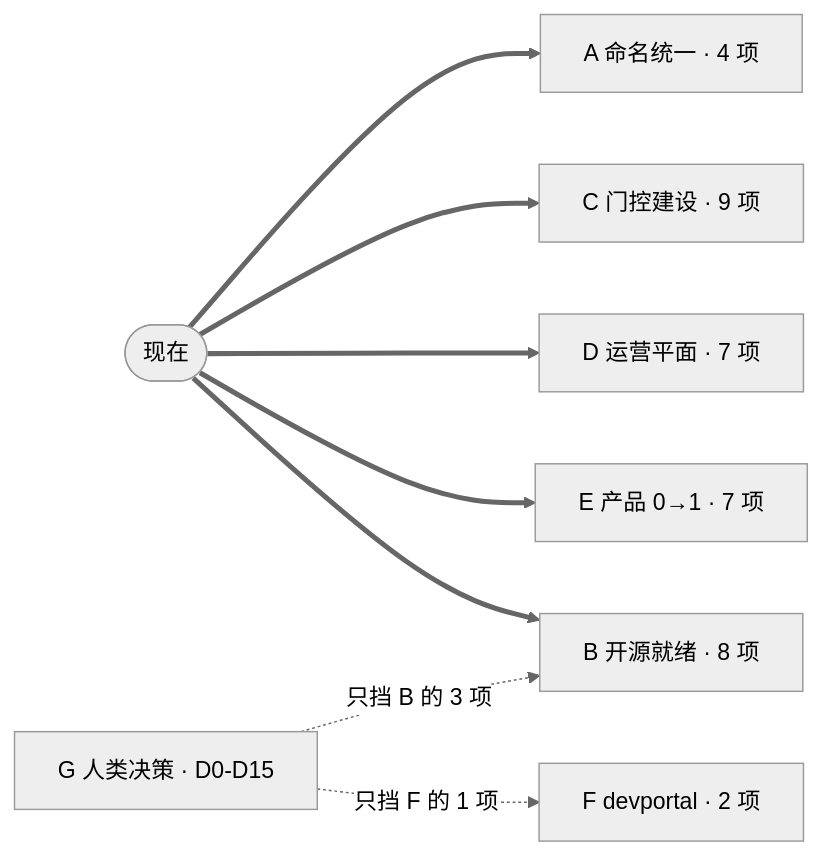
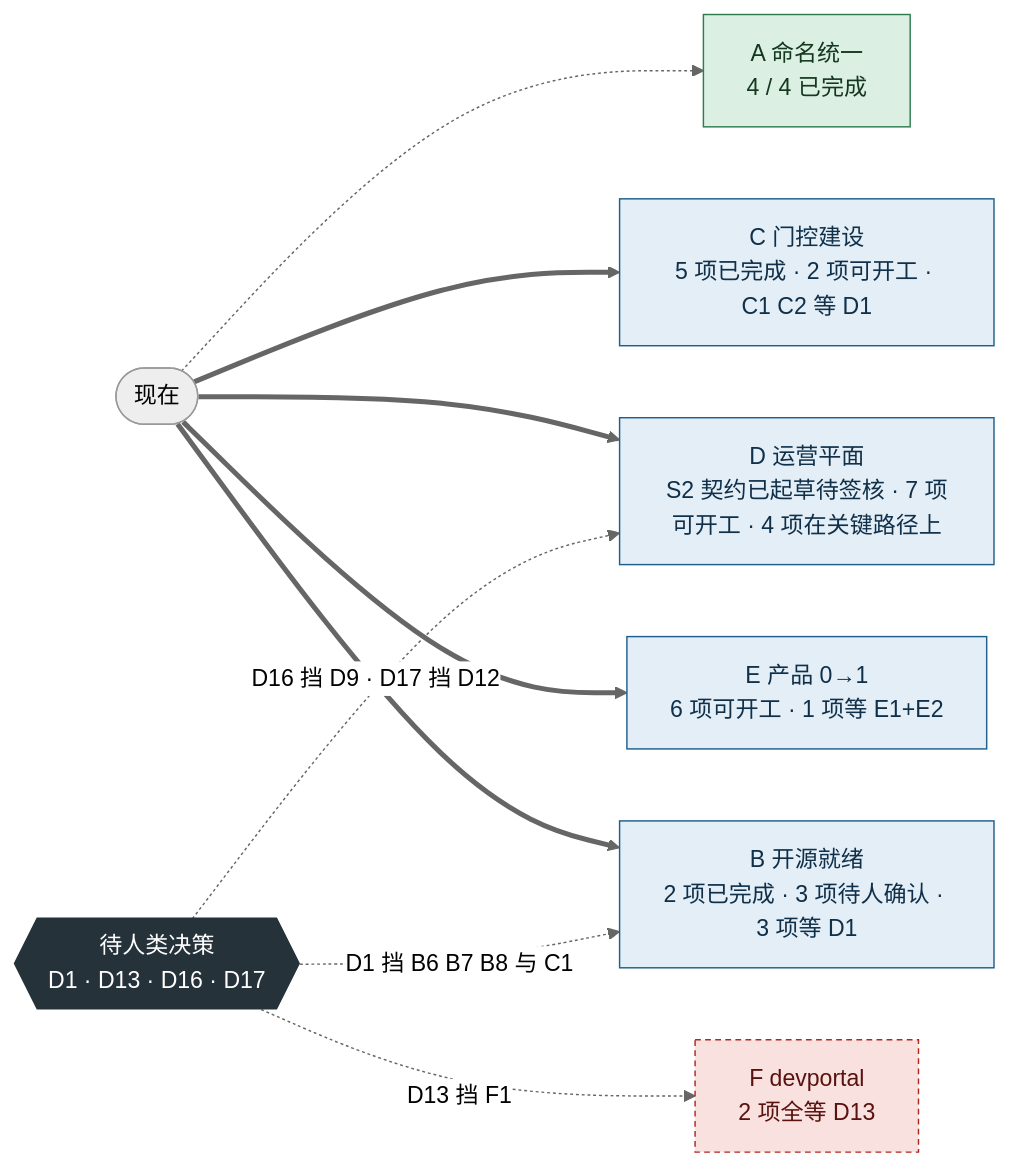
The first of 4 diagrams in docs/research/implementation-backlog.md (boardx/workspacex), drawn with Mermaid (neutral theme) before and after one commit. The commit also changed other lines of this file and 24 other files, not shown here.

````diff
--- a/docs/research/implementation-backlog.md
+++ b/docs/research/implementation-backlog.md
@@ -51,19 +51,23 @@
 ```mermaid
 flowchart LR
-    START(["现在"])
-    G["G 人类决策 · D0-D15"]
-    A["A 命名统一 · 4 项"]
-    C["C 门控建设 · 9 项"]
-    D["D 运营平面 · 7 项"]
-    E["E 产品 0→1 · 7 项"]
-    B["B 开源就绪 · 8 项"]
-    F["F devportal · 2 项"]
-
-    START ==> A
-    START ==> C
-    START ==> D
-    START ==> E
-    START ==> B
-    G -. 只挡 B 的 3 项 .-> B
-    G -. 只挡 F 的 1 项 .-> F
+    classDef done fill:#DCEFE3,stroke:#2E7D4F,color:#14381F
+    classDef ready fill:#E3EEF7,stroke:#1F5F8B,color:#10304A
+    classDef block fill:#F8E1DF,stroke:#B3261E,color:#5A120E,stroke-dasharray:4 3
+    classDef dec fill:#26323A,stroke:#26323A,color:#FFFFFF
+    NOW(["现在"])
+    A["A 命名统一<br/>4 / 4 已完成"]:::done
+    C["C 门控建设<br/>5 项已完成 · 2 项可开工 · C1 C2 等 D1"]:::ready
+    D["D 运营平面<br/>S2 契约已起草待签核 · 7 项可开工 · 4 项在关键路径上"]:::ready
+    E["E 产品 0→1<br/>6 项可开工 · 1 项等 E1+E2"]:::ready
+    B["B 开源就绪<br/>2 项已完成 · 3 项待人确认 · 3 项等 D1"]:::ready
+    F["F devportal<br/>2 项全等 D13"]:::block
+    G{{"待人类决策<br/>D1 · D13 · D16 · D17"}}:::dec
+    NOW -.-> A
+    NOW ==> C
+    NOW ==> D
+    NOW ==> E
+    NOW ==> B
+    G -. "D1 挡 B6 B7 B8 与 C1" .-> B
+    G -. "D13 挡 F1" .-> F
+    G -. "D16 挡 D9 · D17 挡 D12" .-> D
 ```
````
